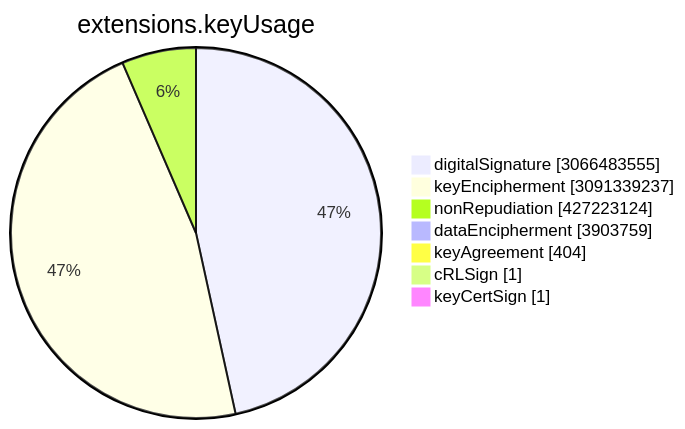
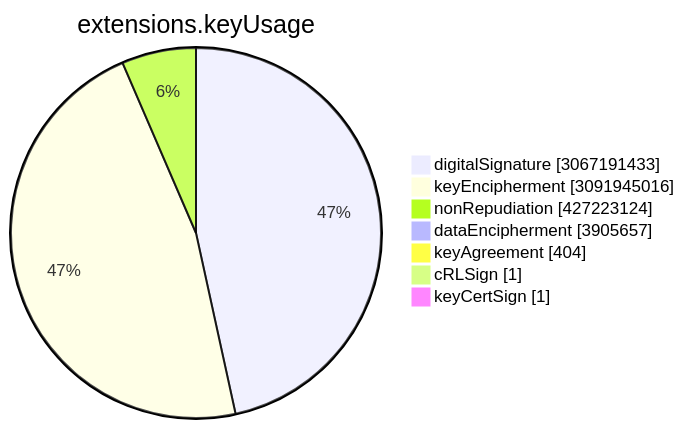
Before and after one commit to christiankrug/ctmonitor_visualization: the sixth of 15 diagrams in TOTAL/README.md, drawn with Mermaid. The commit also changed other lines of this file, not shown here.

````diff
--- a/TOTAL/README.md
+++ b/TOTAL/README.md
@@ -3077,11 +3077,11 @@
 ```mermaid
 pie showData
 title extensions.keyUsage
-"digitalSignature" :3066483555
-"keyEncipherment" :3091339237
+"digitalSignature" :3067191433
+"keyEncipherment" :3091945016
 "nonRepudiation" :427223124
-"dataEncipherment" :3903759
+"dataEncipherment" :3905657
 "keyAgreement" :404
 "cRLSign" :1
 "keyCertSign" :1
 ```
````
